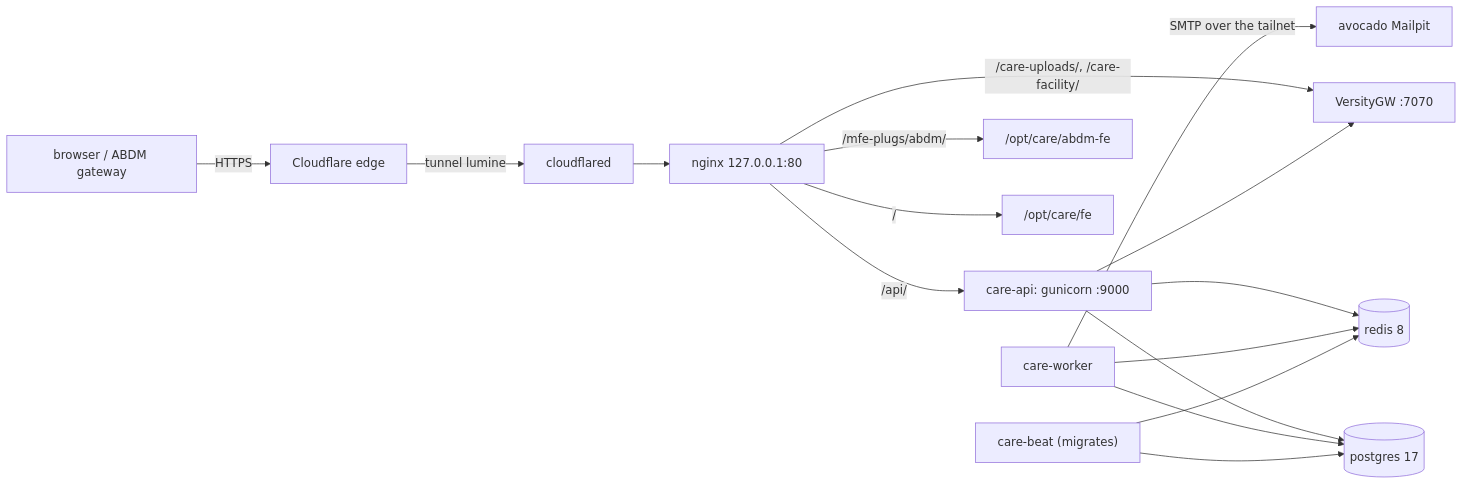
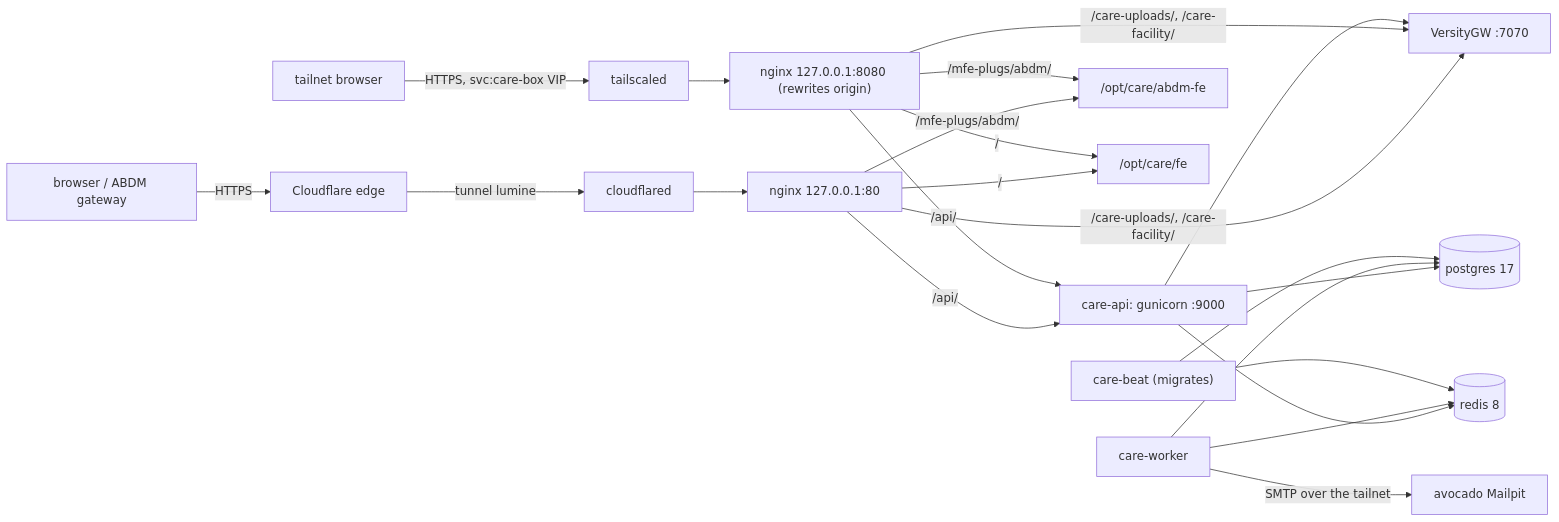
One commit to rithviknishad/systems.nix changed the diagram in docs/care-box.md. Above: the diagram before and after it, drawn with Mermaid. The commit also changed other lines of this file and 6 other files, not shown here.

First line of the commit message:
care-box: also serve CARE on the tailnet as Tailscale Service svc:care-box

````diff
--- a/docs/care-box.md
+++ b/docs/care-box.md
@@ -31,13 +32,15 @@
 ```mermaid
 flowchart LR
     user["browser / ABDM gateway"] -->|HTTPS| cf[Cloudflare edge]
     cf -->|tunnel lumine| cfd[cloudflared]
     cfd --> nginx["nginx 127.0.0.1:80"]
-    nginx -->|"/api/"| api["care-api: gunicorn :9000"]
-    nginx -->|"/care-uploads/, /care-facility/"| vgw["VersityGW :7070"]
-    nginx -->|"/mfe-plugs/abdm/"| mfe["/opt/care/abdm-fe"]
-    nginx -->|"/"| spa["/opt/care/fe"]
+    tsuser["tailnet browser"] -->|"HTTPS, svc:care-box VIP"| tsd[tailscaled]
+    tsd --> nginxts["nginx 127.0.0.1:8080 (rewrites origin)"]
+    nginx & nginxts -->|"/api/"| api["care-api: gunicorn :9000"]
+    nginx & nginxts -->|"/care-uploads/, /care-facility/"| vgw["VersityGW :7070"]
+    nginx & nginxts -->|"/mfe-plugs/abdm/"| mfe["/opt/care/abdm-fe"]
+    nginx & nginxts -->|"/"| spa["/opt/care/fe"]
     api & worker[care-worker] & beat["care-beat (migrates)"] --> pg[(postgres 17)] & redis[(redis 8)]
     api --> vgw
     worker -->|"SMTP over the tailnet"| mailpit[avocado Mailpit]
 ```
````
